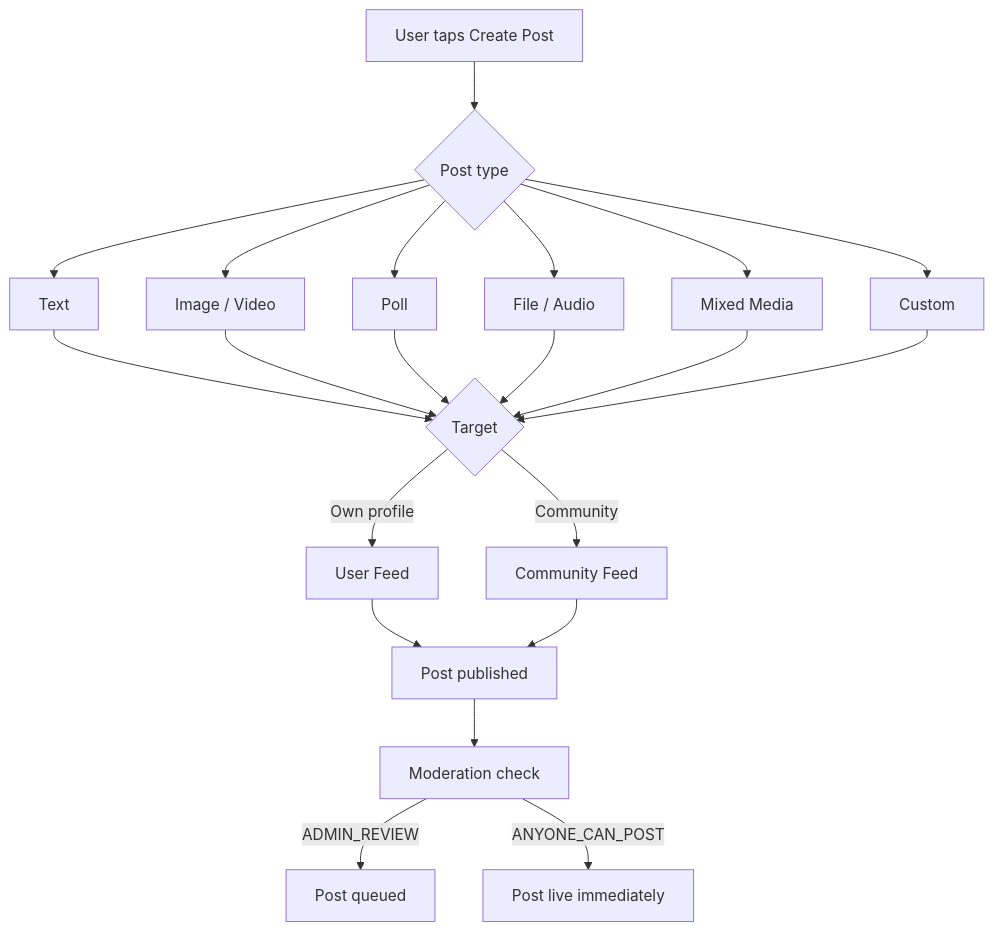
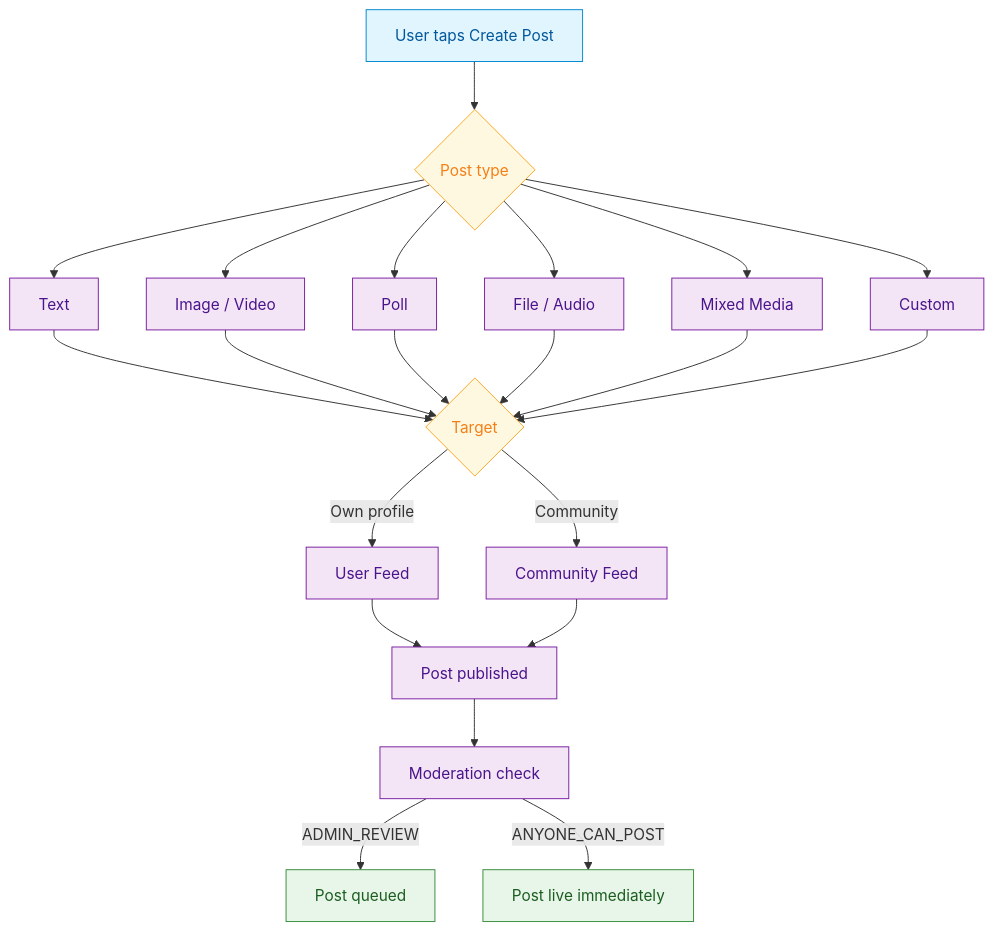
The diagram in use-cases/social/rich-content-creation.mdx (AmityCo/social-plus-docs), drawn with Mermaid before and after one commit. The commit also changed other lines of this file and 26 other files, not shown here.

````diff
--- a/use-cases/social/rich-content-creation.mdx
+++ b/use-cases/social/rich-content-creation.mdx
@@ -42,17 +40,27 @@
 ```mermaid
 graph TD
     A[User taps Create Post] --> B{Post type}
     B --> C[Text]
     B --> D[Image / Video]
     B --> E[Poll]
     B --> F[File / Audio]
     B --> G[Mixed Media]
     B --> H[Custom]
     C & D & E & F & G & H --> I{Target}
     I -->|Own profile| J[User Feed]
     I -->|Community| K[Community Feed]
     J & K --> L[Post published]
     L --> M[Moderation check]
     M -->|ADMIN_REVIEW| N[Post queued]
     M -->|ANYONE_CAN_POST| O[Post live immediately]
+
+    classDef action fill:#e1f5fe,stroke:#0288d1,color:#01579b
+    classDef decision fill:#fff8e1,stroke:#f9a825,color:#f57f17
+    classDef process fill:#f3e5f5,stroke:#7b1fa2,color:#4a148c
+    classDef outcome fill:#e8f5e9,stroke:#388e3c,color:#1b5e20
+
+    class A action
+    class B,I decision
+    class C,D,E,F,G,H,J,K,L,M process
+    class N,O outcome
 ```
````
